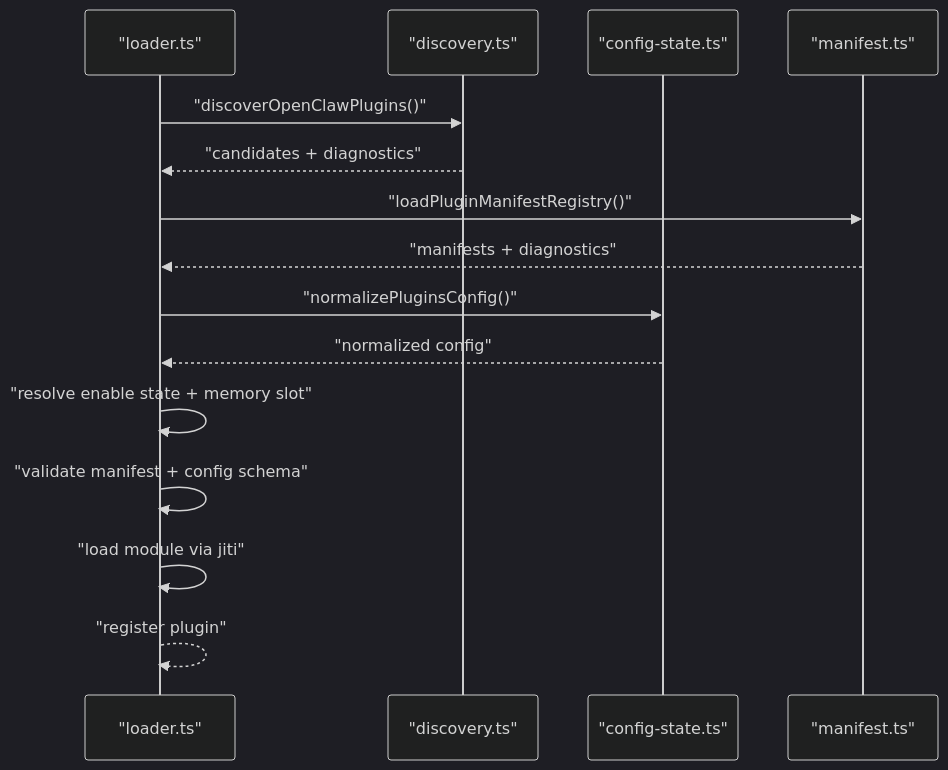
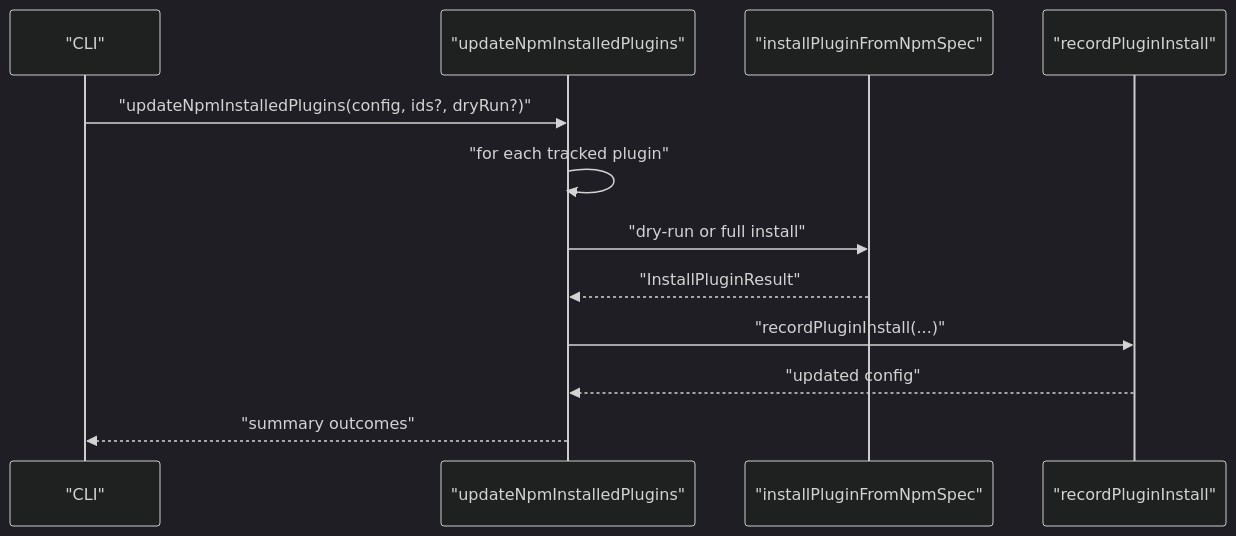
Before and after one commit to botx-work/OpenClaw-Internals: the fifth of 8 diagrams in repowiki/en/content/CLI Interface/Plugin Management.md, drawn with Mermaid (dark theme). The commit also changed other lines of this file and 332 other files, not shown here.

````diff
--- a/repowiki/en/content/CLI Interface/Plugin Management.md
+++ b/repowiki/en/content/CLI Interface/Plugin Management.md
@@ -209,17 +206,14 @@
 ```mermaid
 sequenceDiagram
-participant L as "loader.ts"
-participant D as "discovery.ts"
-participant C as "config-state.ts"
-participant M as "manifest.ts"
-L->>D : "discoverOpenClawPlugins()"
-D-->>L : "candidates + diagnostics"
-L->>M : "loadPluginManifestRegistry()"
-M-->>L : "manifests + diagnostics"
-L->>C : "normalizePluginsConfig()"
-C-->>L : "normalized config"
-L->>L : "resolve enable state + memory slot"
-L->>L : "validate manifest + config schema"
-L->>L : "load module via jiti"
-L-->>L : "register plugin"
+participant CLI as "CLI"
+participant Upd as "updateNpmInstalledPlugins"
+participant Inst as "installPluginFromNpmSpec"
+participant Rec as "recordPluginInstall"
+CLI->>Upd : "updateNpmInstalledPlugins(config, ids?, dryRun?)"
+Upd->>Upd : "for each tracked plugin"
+Upd->>Inst : "dry-run or full install"
+Inst-->>Upd : "InstallPluginResult"
+Upd->>Rec : "recordPluginInstall(...)"
+Rec-->>Upd : "updated config"
+Upd-->>CLI : "summary outcomes"
 ```
````
